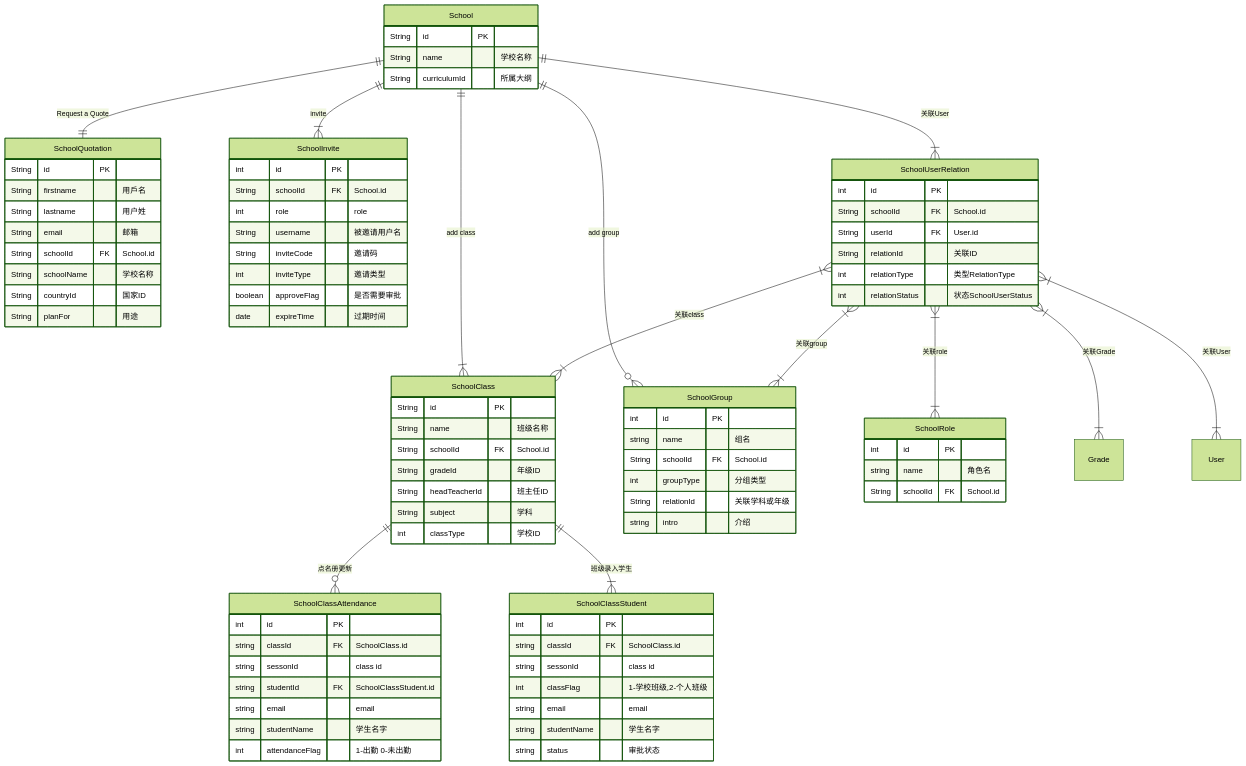
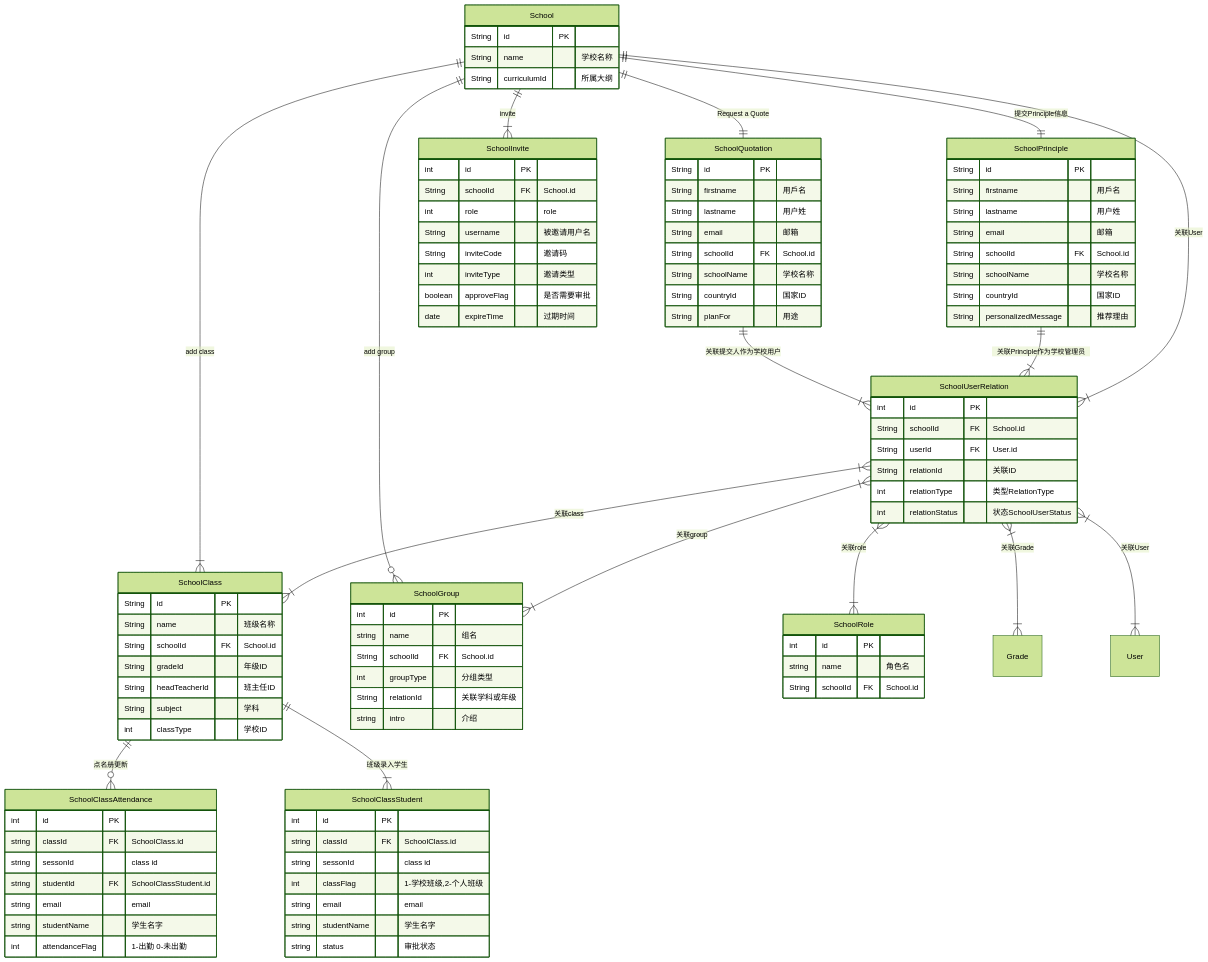
Before and after one commit to zran-nz/doc: the diagram in uml/school.md, drawn with Mermaid (forest theme).

Commit message:
完善学校信息逻辑

```diff
--- a/uml/school.md
+++ b/uml/school.md
@@ -9,6 +9,7 @@
   String curriculumId "所属大纲"
 }
 School ||--||SchoolQuotation : "Request a Quote"
+SchoolQuotation ||--|{SchoolUserRelation : "关联提交人作为学校用户"
 SchoolQuotation{
   String id PK
   String firstname "用戶名"
@@ -18,6 +19,18 @@
   String schoolName "学校名称"
   String countryId "国家ID"
   String planFor "用途"
+}
+School ||--||SchoolPrinciple : "提交Principle信息"
+SchoolPrinciple ||--|{SchoolUserRelation : "关联Principle作为学校管理员"
+SchoolPrinciple{
+  String id PK
+  String firstname "用戶名"
+  String lastname "用户姓"
+  String email "邮箱"
+  String schoolId FK "School.id"
+  String schoolName "学校名称"
+  String countryId "国家ID"
+  String personalizedMessage "推荐理由"
 }
 SchoolInvite{
  int id PK
```
